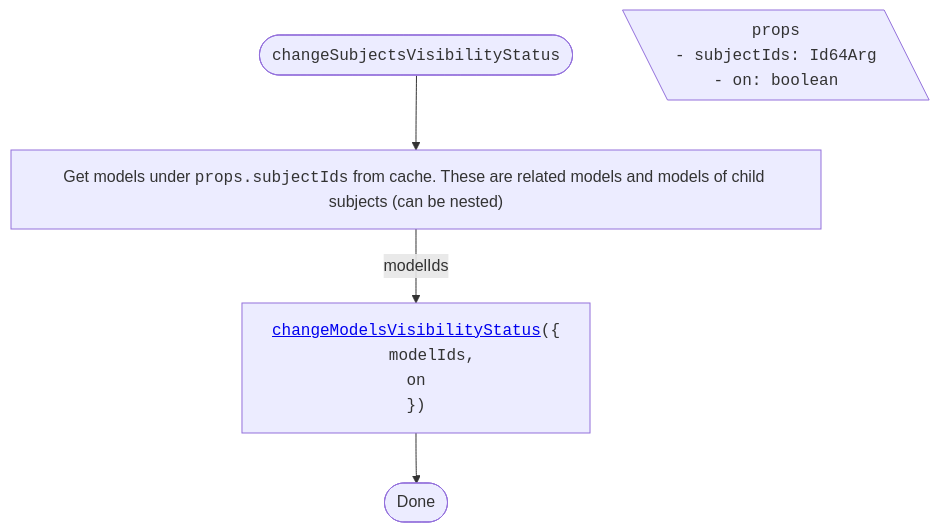
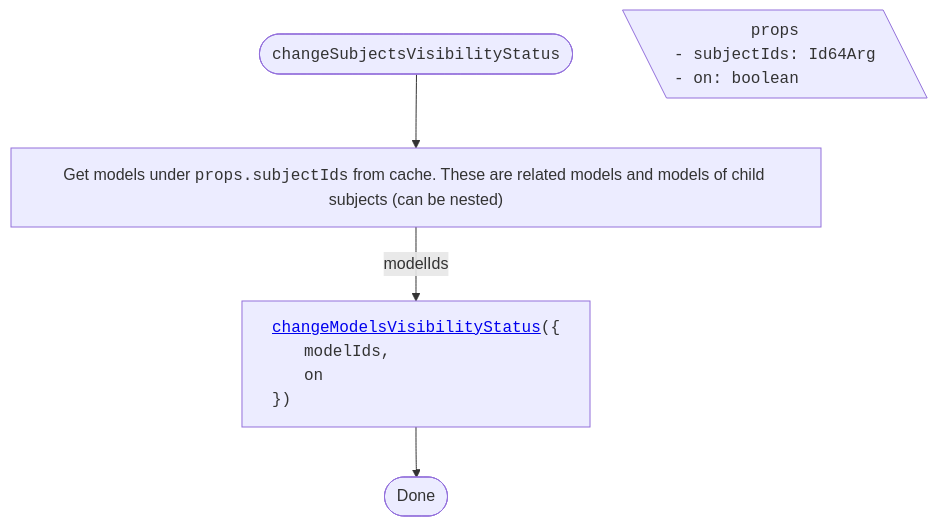
One commit to iTwin/viewer-components-react changed the second of 2 diagrams in packages/itwin/tree-widget/docs/ModelsTreeVisibilityHandling.md. Above: the diagram before and after it, drawn with Mermaid. The commit also changed other lines of this file and 3 other files, not shown here.

````diff
--- a/packages/itwin/tree-widget/docs/ModelsTreeVisibilityHandling.md
+++ b/packages/itwin/tree-widget/docs/ModelsTreeVisibilityHandling.md
@@ -62,25 +62,25 @@
 ```mermaid
 ---
 config:
   flowchart:
     wrappingWidth: 750
     useMaxWidth: false
 ---
 
 flowchart TD
   RESULT_Done([Done])
 
   %% Start
   TITLE(["<code>changeSubjectsVisibilityStatus</code>"]) --> A["Get models under <code>props.subjectIds</code> from cache. These are related models and models of child subjects (can be nested)"]
 
   PROPS[\"
     <code>props</code>
-    <code style='text-align: left;'>- subjectIds: Id64Arg<br/>- on: boolean</code>
+    <code style='display: block; text-align: left;'>- subjectIds: Id64Arg<br/>- on: boolean</code>
   "\]
 
-  A -- modelIds --> B["<code style='text-align: left;'><a href='./SharedVisibilityHandling.md#changemodelsvisibilitystatus'>changeModelsVisibilityStatus</a>({
-    <code style='padding-left: 2rem'>modelIds,
-    on</code>
+  A -- modelIds --> B["<code style='display: block; text-align: left;'><a href='./SharedVisibilityHandling.md#changemodelsvisibilitystatus'>changeModelsVisibilityStatus</a>({
+    <code style='padding-left: 2rem'>modelIds,</code>
+    <code style='padding-left: 2rem'>on</code>
   })</code>"]
   B --> RESULT_Done
 ```
````
